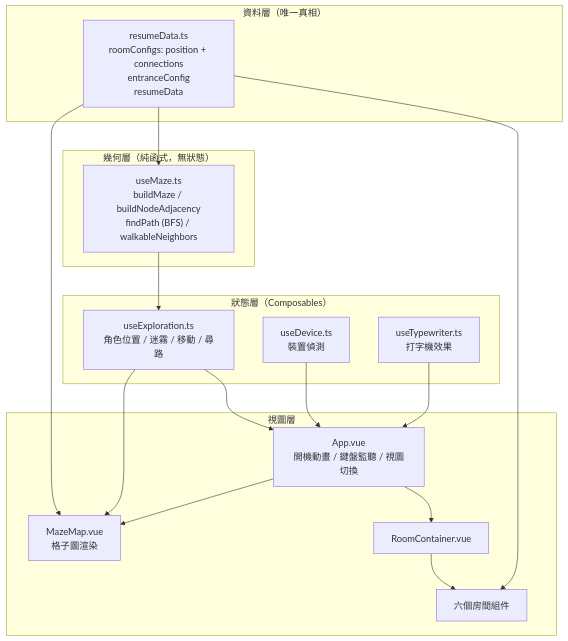
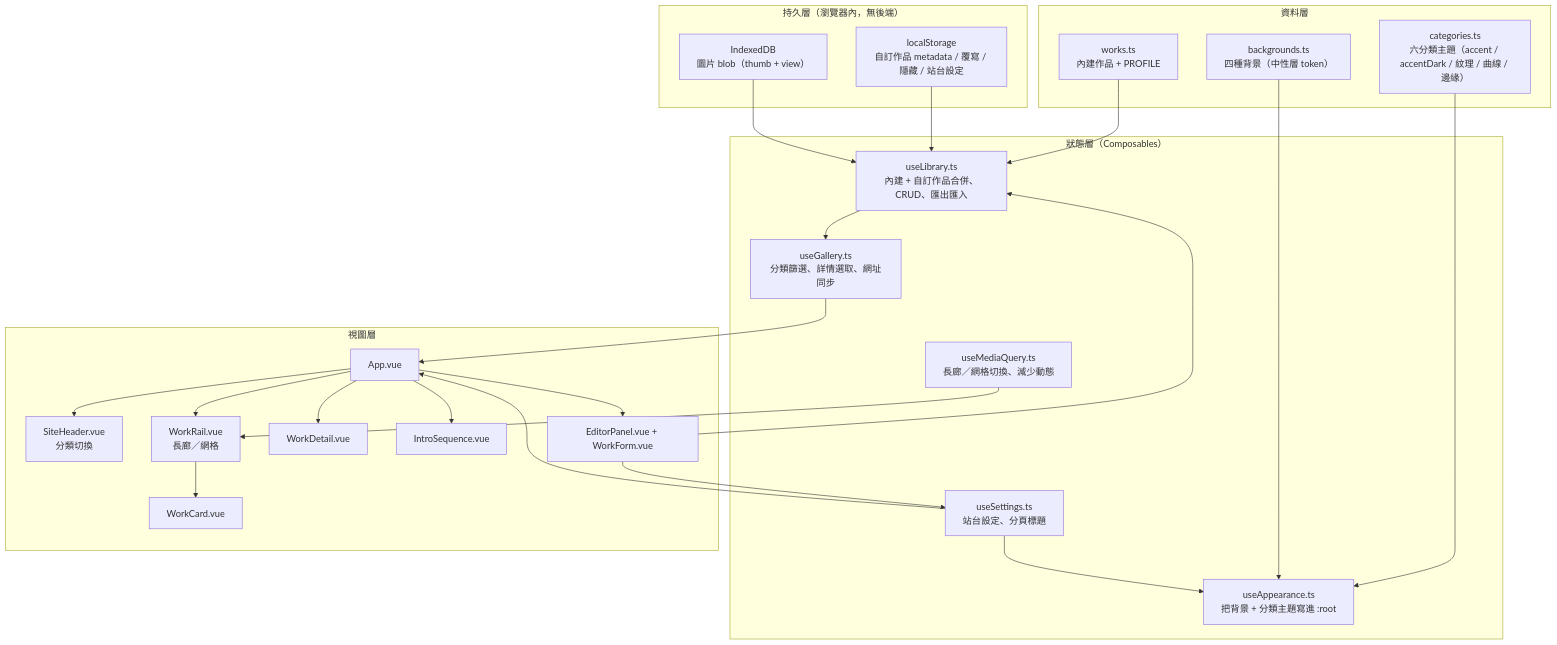
Before and after one commit to aliencat0528/maze-portfolio: the diagram in docs/ARCHITECTURE.md, drawn with Mermaid. The commit also changed other lines of this file and 4 other files, not shown here.

````diff
--- a/docs/ARCHITECTURE.md
+++ b/docs/ARCHITECTURE.md
@@ -5,35 +5,50 @@
 ```mermaid
 flowchart TD
-  subgraph data["資料層（唯一真相）"]
-    RD["resumeData.ts<br/>roomConfigs: position + connections<br/>entranceConfig<br/>resumeData"]
+  subgraph data["資料層"]
+    W["works.ts<br/>內建作品 + PROFILE"]
+    C["categories.ts<br/>六分類主題（accent / accentDark / 紋理 / 曲線 / 邊緣）"]
+    B["backgrounds.ts<br/>四種背景（中性層 token）"]
   end
 
-  subgraph geo["幾何層（純函式，無狀態）"]
-    UM["useMaze.ts<br/>buildMaze / buildNodeAdjacency<br/>findPath (BFS) / walkableNeighbors"]
+  subgraph storage["持久層（瀏覽器內，無後端）"]
+    LS["localStorage<br/>自訂作品 metadata / 覆寫 / 隱藏 / 站台設定"]
+    IDB["IndexedDB<br/>圖片 blob（thumb + view）"]
   end
 
   subgraph state["狀態層（Composables）"]
-    UE["useExploration.ts<br/>角色位置 / 迷霧 / 移動 / 尋路"]
-    UD["useDevice.ts<br/>裝置偵測"]
-    UT["useTypewriter.ts<br/>打字機效果"]
+    UL["useLibrary.ts<br/>內建 + 自訂作品合併、CRUD、匯出匯入"]
+    UG["useGallery.ts<br/>分類篩選、詳情選取、網址同步"]
+    US["useSettings.ts<br/>站台設定、分頁標題"]
+    UA["useAppearance.ts<br/>把背景 + 分類主題寫進 :root"]
+    UM["useMediaQuery.ts<br/>長廊／網格切換、減少動態"]
   end
 
   subgraph view["視圖層"]
-    APP["App.vue<br/>開機動畫 / 鍵盤監聽 / 視圖切換"]
-    MM["MazeMap.vue<br/>格子圖渲染"]
-    RC["RoomContainer.vue"]
-    ROOMS["六個房間組件"]
+    APP["App.vue"]
+    SH["SiteHeader.vue<br/>分類切換"]
+    WR["WorkRail.vue<br/>長廊／網格"]
+    WC["WorkCard.vue"]
+    WD["WorkDetail.vue"]
+    IS["IntroSequence.vue"]
+    EP["EditorPanel.vue + WorkForm.vue"]
   end
 
-  RD --> UM
-  UM --> UE
-  RD --> MM
-  UE --> MM
-  UE --> APP
-  UD --> APP
-  UT --> APP
-  APP --> MM
-  APP --> RC
-  RC --> ROOMS
-  RD --> ROOMS
+  W --> UL
+  LS --> UL
+  IDB --> UL
+  UL --> UG
+  C --> UA
+  B --> UA
+  US --> UA
+  UG --> APP
+  US --> APP
+  UM --> WR
+  APP --> SH
+  APP --> WR
+  APP --> WD
+  APP --> IS
+  APP --> EP
+  WR --> WC
+  EP --> UL
+  EP --> US
 ```
````
